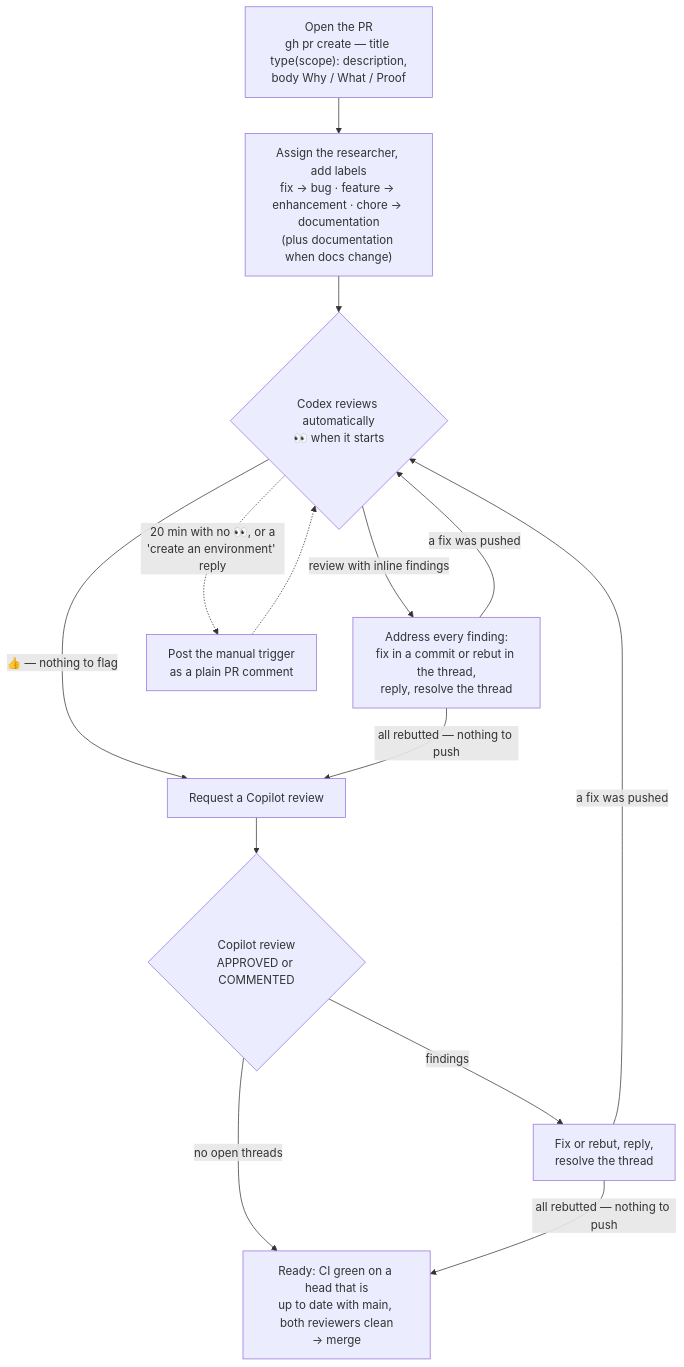
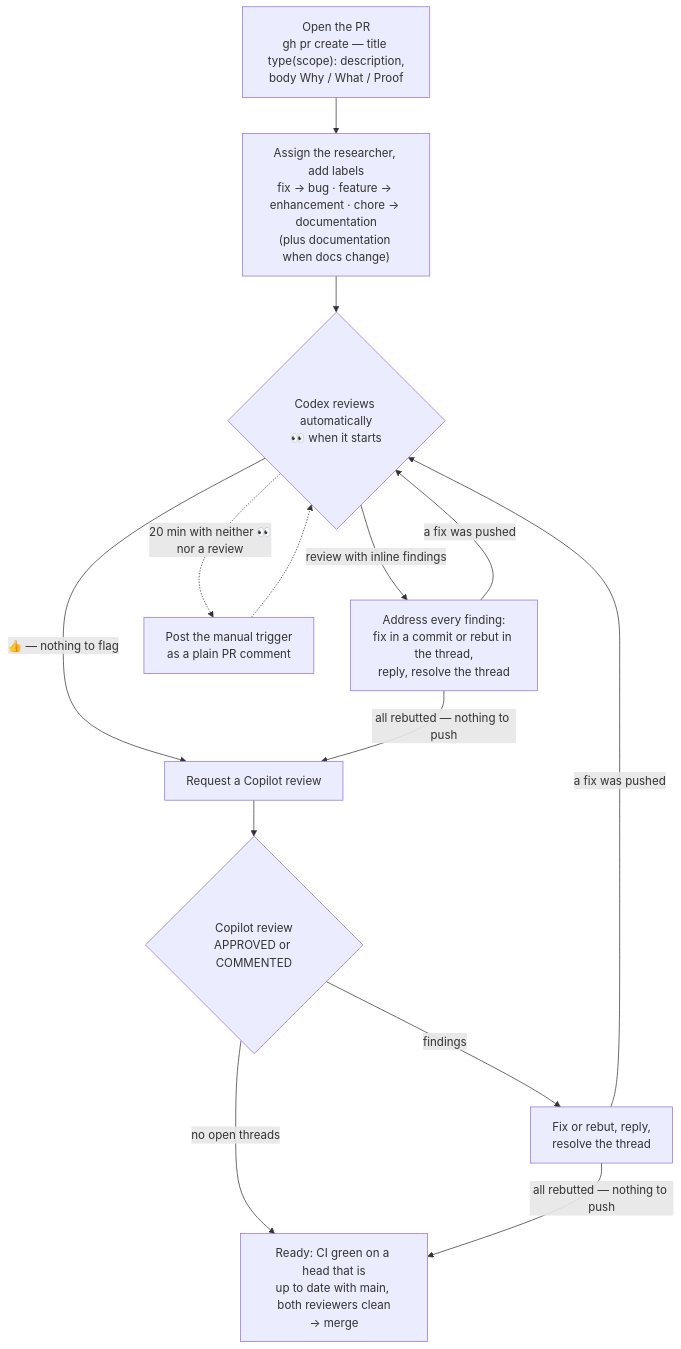
Before and after one commit to hankehly/power-market-analytics: the second of 2 diagrams in docs/README.md, drawn with Mermaid. The commit also changed 1 other file, not shown here.

Commit message:
docs(docs): the manual trigger only after 20 quiet minutes, never on a mention response

````diff
--- a/docs/README.md
+++ b/docs/README.md
@@ -560,17 +560,17 @@
 ```mermaid
 flowchart TD
     open["Open the PR<br/>gh pr create — title type(scope): description,<br/>body Why / What / Proof"]
     open --> meta["Assign the researcher, add labels<br/>fix → bug · feature → enhancement · chore → documentation<br/>(plus documentation when docs change)"]
     meta --> codex{"Codex reviews automatically<br/>👀 when it starts"}
     codex -->|"👍 — nothing to flag"| copilot
     codex -->|"review with inline findings"| fix["Address every finding:<br/>fix in a commit or rebut in the thread,<br/>reply, resolve the thread"]
     fix -->|"a fix was pushed"| codex
     fix -->|"all rebutted — nothing to push"| copilot
-    codex -.->|"20 min with no 👀, or a<br/>'create an environment' reply"| nudge["Post the manual trigger<br/>as a plain PR comment"]
+    codex -.->|"20 min with neither 👀<br/>nor a review"| nudge["Post the manual trigger<br/>as a plain PR comment"]
     nudge -.-> codex
     copilot["Request a Copilot review"] --> verdict{"Copilot review<br/>APPROVED or COMMENTED"}
     verdict -->|"no open threads"| ready["Ready: CI green on a head that is<br/>up to date with main, both reviewers clean<br/>→ merge"]
     verdict -->|"findings"| cfix["Fix or rebut, reply,<br/>resolve the thread"]
     cfix -->|"a fix was pushed"| codex
     cfix -->|"all rebutted — nothing to push"| ready
 ```
````
